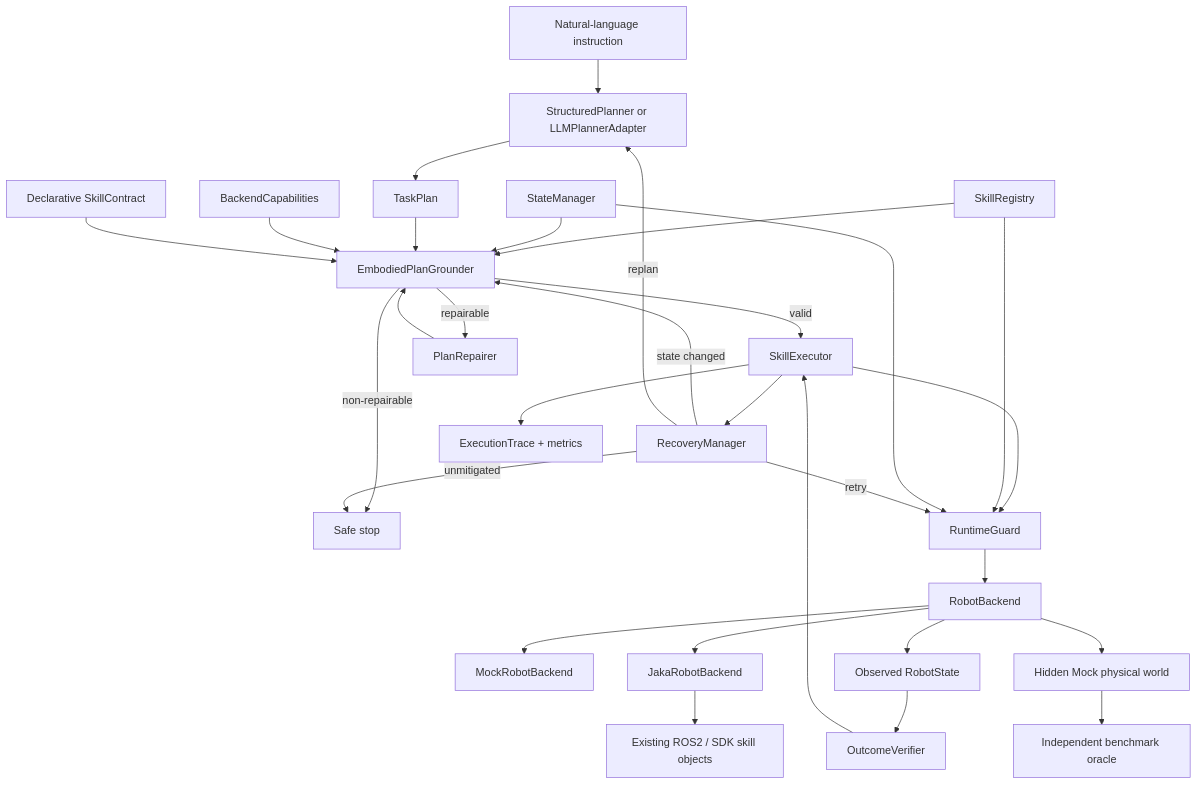
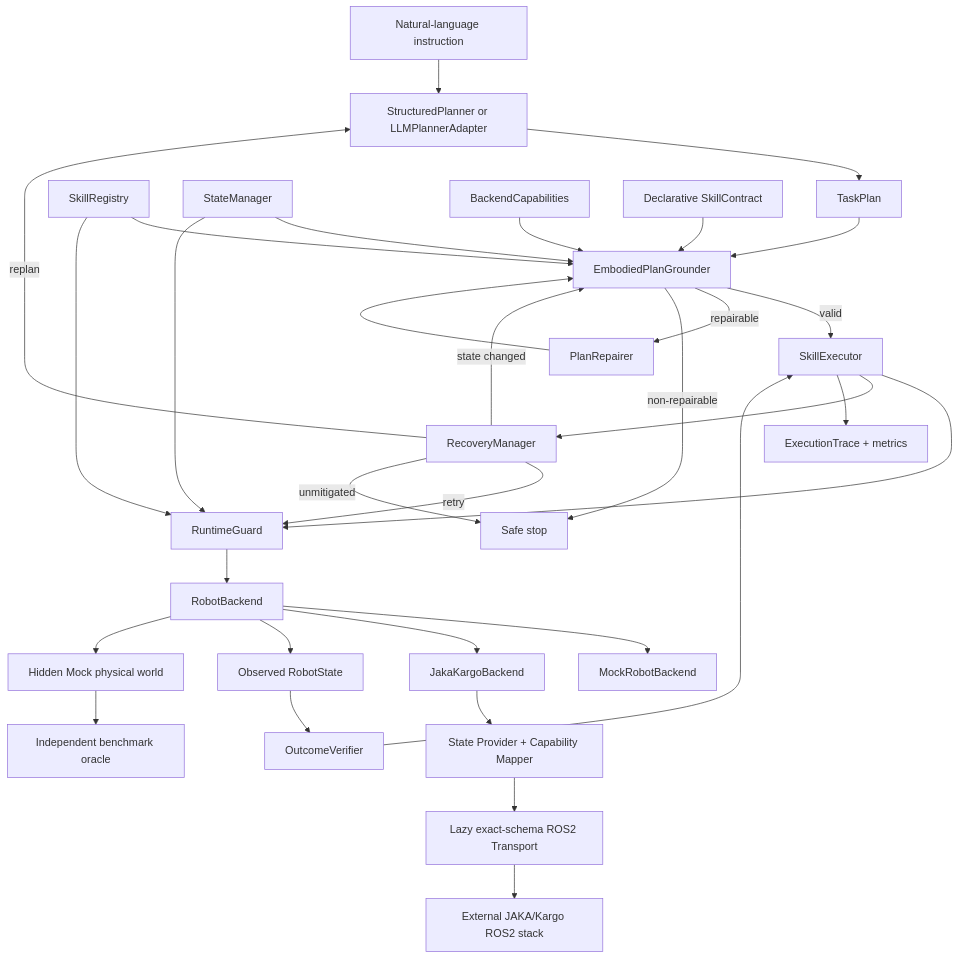
Before and after one commit to tonyl1angyoko-alt/EmbodiedSkill-ROS: the first of 2 diagrams in docs/NEW_ARCHITECTURE.md, drawn with Mermaid. The commit also changed other lines of this file and 10 other files, not shown here.

````diff
--- a/docs/NEW_ARCHITECTURE.md
+++ b/docs/NEW_ARCHITECTURE.md
@@ -7,32 +9,34 @@
 ```mermaid
 flowchart TB
     I["Natural-language instruction"] --> P["StructuredPlanner or LLMPlannerAdapter"]
     P --> TP["TaskPlan"]
     SR["SkillRegistry"] --> G["EmbodiedPlanGrounder"]
     SM["StateManager"] --> G
     TP --> G
     BC["BackendCapabilities"] --> G
     SC["Declarative SkillContract"] --> G
     G -->|valid| E["SkillExecutor"]
     G -->|repairable| PR["PlanRepairer"]
     PR --> G
     G -->|non-repairable| ST["Safe stop"]
     E --> RG["RuntimeGuard"]
     SR --> RG
     SM --> RG
     RG --> B["RobotBackend"]
     B --> M["MockRobotBackend"]
-    B --> J["JakaRobotBackend"]
-    J --> L["Existing ROS2 / SDK skill objects"]
+    B --> J["JakaKargoBackend"]
+    J --> SP["State Provider + Capability Mapper"]
+    SP --> JT["Lazy exact-schema ROS2 Transport"]
+    JT --> L["External JAKA/Kargo ROS2 stack"]
     B --> O["Observed RobotState"]
     B --> HW["Hidden Mock physical world"]
     HW --> BO["Independent benchmark oracle"]
     O --> V["OutcomeVerifier"]
     V --> E
     E --> R["RecoveryManager"]
     R -->|retry| RG
     R -->|state changed| G
     R -->|replan| P
     R -->|unmitigated| ST
     E --> T["ExecutionTrace + metrics"]
 ```
````
